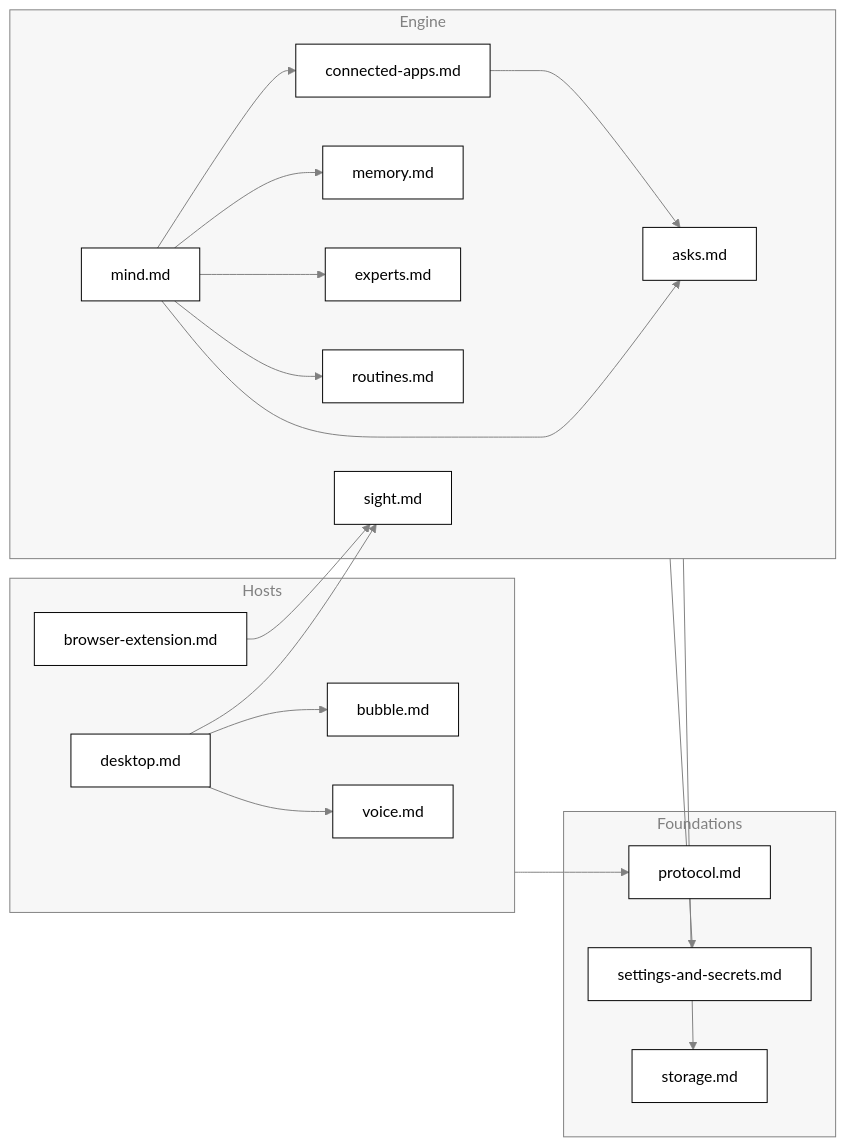
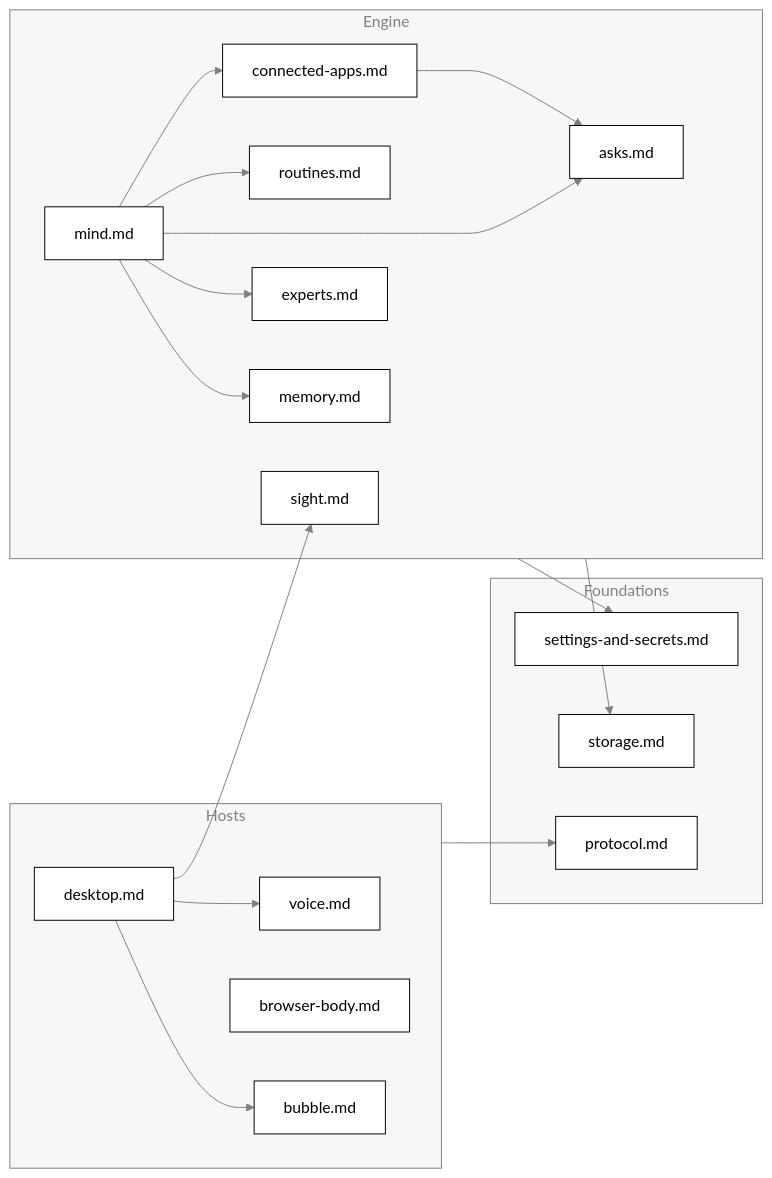
Before and after one commit to nadeem4/tagalong: the fourth of 4 diagrams in docs/architecture.md, drawn with Mermaid. The commit also changed other lines of this file and 151 other files, not shown here.

First line of the commit message:
feat(browser): the browser as a body on the brain (12a) (#202)

````diff
--- a/docs/architecture.md
+++ b/docs/architecture.md
@@ -322,37 +321,36 @@
 ```mermaid
 %%{init: {"theme": "base", "themeVariables": {"primaryColor": "#ffffff", "primaryTextColor": "#000000", "primaryBorderColor": "#000000", "lineColor": "#808080", "secondaryColor": "#f2f2f2", "tertiaryColor": "#ffffff", "clusterBkg": "#f7f7f7", "clusterBorder": "#808080", "edgeLabelBackground": "#ffffff", "titleColor": "#808080", "fontFamily": "Segoe UI, Helvetica, Arial, sans-serif"}}}%%
 flowchart LR
   subgraph Hosts
     DK["desktop.md"]
     BU["bubble.md"]
     VO["voice.md"]
-    BX["browser-extension.md"]
+    BX["browser-body.md"]
   end
   subgraph Engine
     SI["sight.md"]
     MI["mind.md"]
     ME["memory.md"]
     EX["experts.md"]
     AS["asks.md"]
     RO["routines.md"]
     CA["connected-apps.md"]
   end
   subgraph Foundations
     PR["protocol.md"]
     SS["settings-and-secrets.md"]
     ST["storage.md"]
   end
   DK --> BU
   DK --> VO
   DK --> SI
-  BX --> SI
   MI --> ME
   MI --> EX
   MI --> AS
   MI --> RO
   MI --> CA
   CA --> AS
   Hosts --> PR
   Engine --> ST
   Engine --> SS
 ```
````
